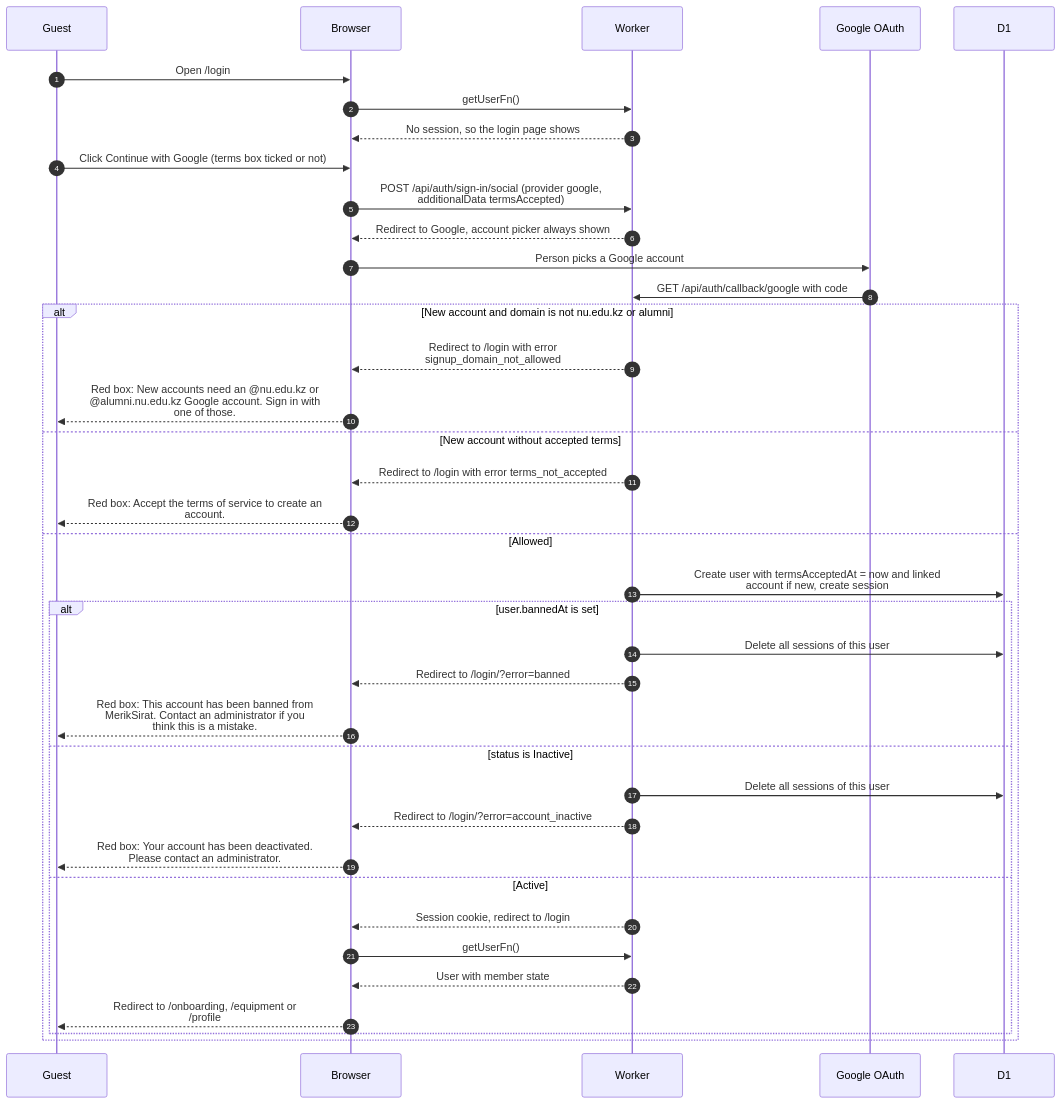
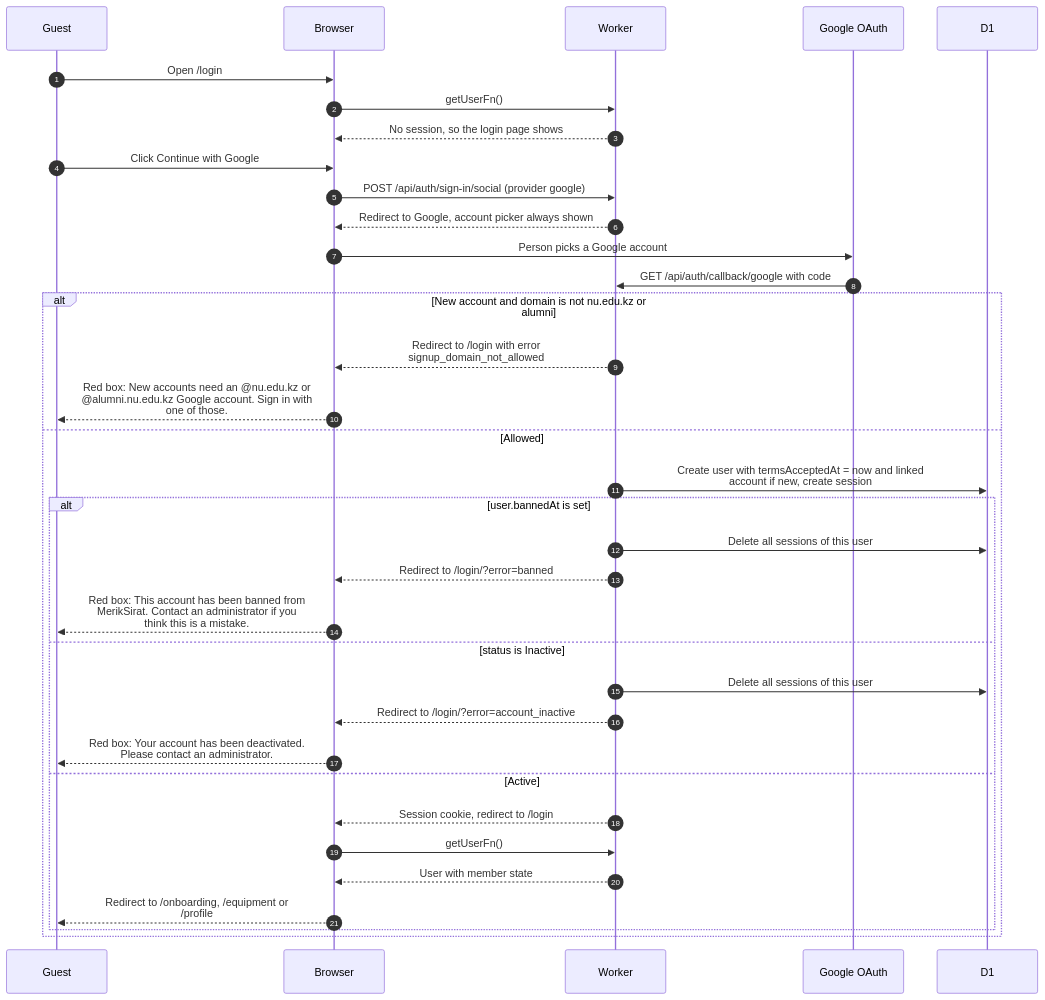
Before and after one commit to sagyzdop/meriksirat: the diagram in docs/scenarios/account/sign-in.md, drawn with Mermaid. The commit also changed other lines of this file and 8 other files, not shown here.

Commit message:
feat(auth): replace the terms checkbox with a login notice (#28)

````diff
--- a/docs/scenarios/account/sign-in.md
+++ b/docs/scenarios/account/sign-in.md
@@ -56,40 +52,37 @@
 ```mermaid
 sequenceDiagram
     autonumber
     participant P as Guest
     participant B as Browser
     participant W as Worker
     participant G as Google OAuth
     participant D as D1
     P->>B: Open /login
     B->>W: getUserFn()
     W-->>B: No session, so the login page shows
-    P->>B: Click Continue with Google (terms box ticked or not)
-    B->>W: POST /api/auth/sign-in/social (provider google,<br/>additionalData termsAccepted)
+    P->>B: Click Continue with Google
+    B->>W: POST /api/auth/sign-in/social (provider google)
     W-->>B: Redirect to Google, account picker always shown
     B->>G: Person picks a Google account
     G->>W: GET /api/auth/callback/google with code
     alt New account and domain is not nu.edu.kz or alumni
         W-->>B: Redirect to /login with error<br/>signup_domain_not_allowed
         B-->>P: Red box: New accounts need an @nu.edu.kz or<br/>@alumni.nu.edu.kz Google account. Sign in with<br/>one of those.
-    else New account without accepted terms
-        W-->>B: Redirect to /login with error terms_not_accepted
-        B-->>P: Red box: Accept the terms of service to create an<br/>account.
     else Allowed
         W->>D: Create user with termsAcceptedAt = now and linked<br/>account if new, create session
         alt user.bannedAt is set
             W->>D: Delete all sessions of this user
             W-->>B: Redirect to /login/?error=banned
             B-->>P: Red box: This account has been banned from<br/>MerikSirat. Contact an administrator if you<br/>think this is a mistake.
         else status is Inactive
             W->>D: Delete all sessions of this user
             W-->>B: Redirect to /login/?error=account_inactive
             B-->>P: Red box: Your account has been deactivated.<br/>Please contact an administrator.
         else Active
             W-->>B: Session cookie, redirect to /login
             B->>W: getUserFn()
             W-->>B: User with member state
             B-->>P: Redirect to /onboarding, /equipment or<br/>/profile
         end
     end
 ```
````
